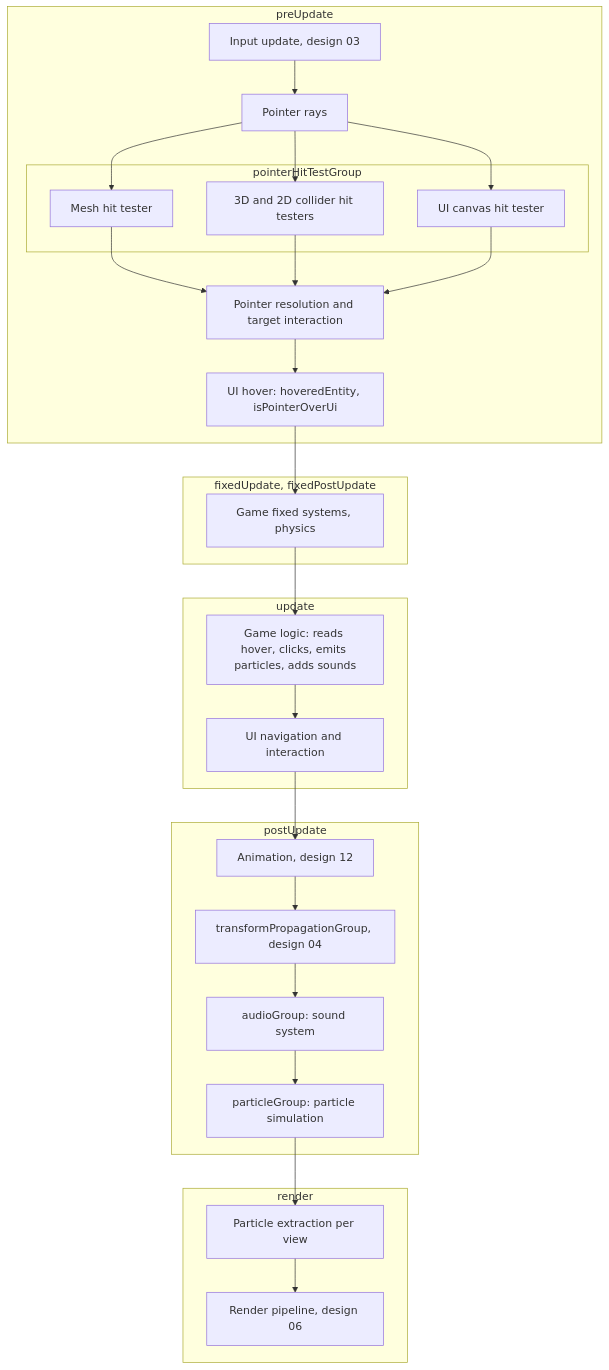
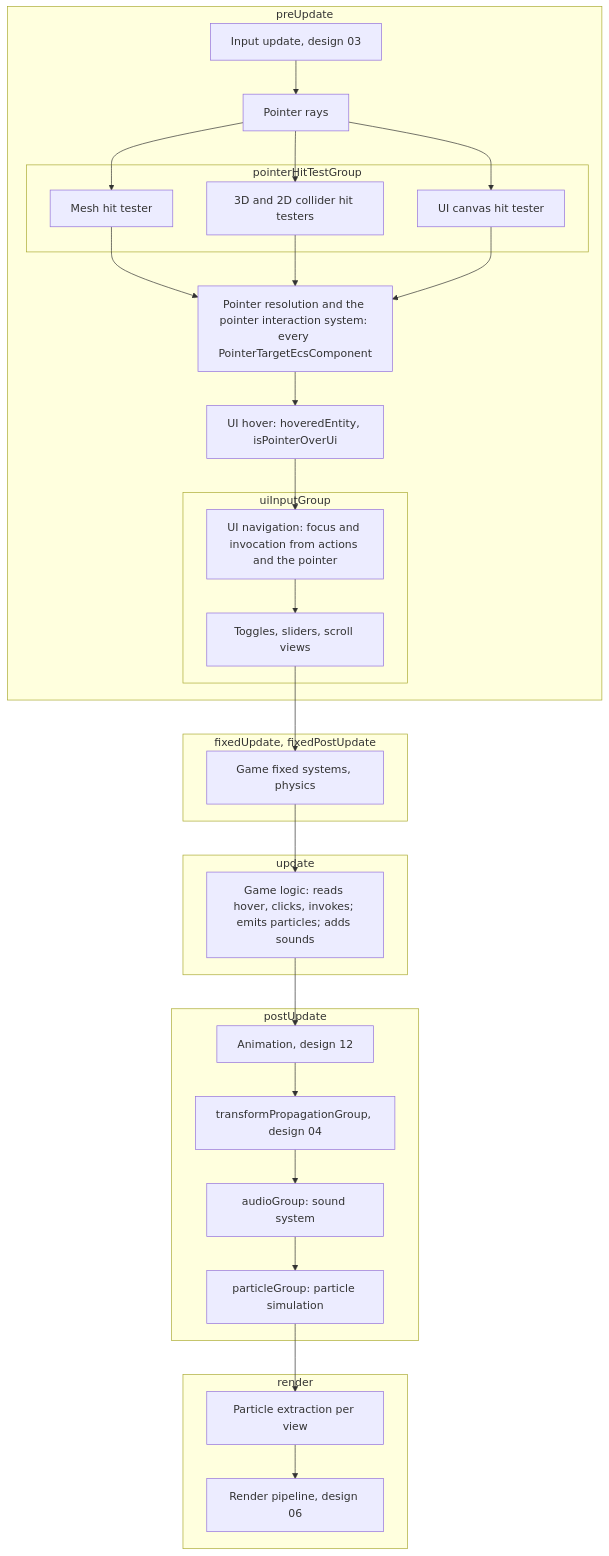
Before and after one commit to Forge-Game-Engine/Forge: the first of 2 diagrams in design/3d/15-audio-particles-and-picking-in-3d.md, drawn with Mermaid. The commit also changed other lines of this file and 3 other files, not shown here.

````diff
--- a/design/3d/15-audio-particles-and-picking-in-3d.md
+++ b/design/3d/15-audio-particles-and-picking-in-3d.md
@@ -370,32 +427,35 @@
 ```mermaid
 flowchart TB
   subgraph preUpdate
     IN[Input update, design 03]
     PR[Pointer rays]
     subgraph pointerHitTestGroup
       HM[Mesh hit tester]
       HC[3D and 2D collider hit testers]
       HU[UI canvas hit tester]
     end
-    RES[Pointer resolution and target interaction]
+    RES[Pointer resolution and the pointer interaction system: every PointerTargetEcsComponent]
     UH[UI hover: hoveredEntity, isPointerOverUi]
+    subgraph uiInputGroup
+      UN[UI navigation: focus and invocation from actions and the pointer]
+      UC[Toggles, sliders, scroll views]
+    end
   end
   subgraph fixed [fixedUpdate, fixedPostUpdate]
     GF[Game fixed systems, physics]
   end
   subgraph update
-    GL[Game logic: reads hover, clicks, emits particles, adds sounds]
-    UI[UI navigation and interaction]
+    GL[Game logic: reads hover, clicks, invokes; emits particles; adds sounds]
   end
   subgraph postUpdate
     AN[Animation, design 12]
     TP[transformPropagationGroup, design 04]
     AU[audioGroup: sound system]
     PG[particleGroup: particle simulation]
   end
   subgraph render
     PX[Particle extraction per view]
     PL[Render pipeline, design 06]
   end
-  IN --> PR --> HM & HC & HU --> RES --> UH --> GF --> GL --> UI --> AN --> TP --> AU --> PG --> PX --> PL
+  IN --> PR --> HM & HC & HU --> RES --> UH --> UN --> UC --> GF --> GL --> AN --> TP --> AU --> PG --> PX --> PL
 ```
````
